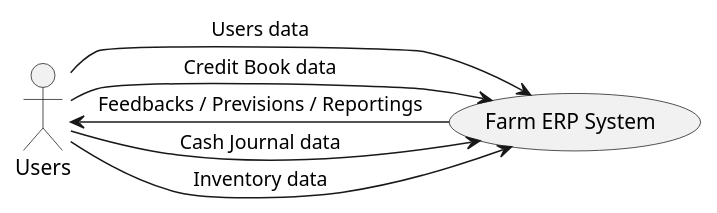
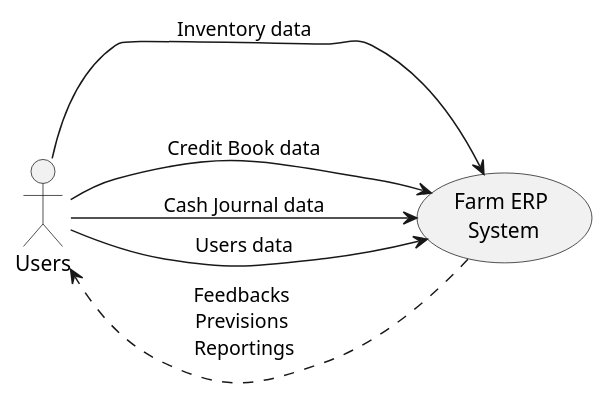
Before and after one commit to aert/aert-farmerp: the first of 3 diagrams in docs/content/features/introduction.rst, drawn with PlantUML. The commit also changed other lines of this file and 1 other file, not shown here.

```diff
--- a/docs/content/features/introduction.rst
+++ b/docs/content/features/introduction.rst
@@ -10,7 +10,8 @@
 .. uml::
 
-   Users -> (Farm ERP System) : Inventory data
-   Users -> (Farm ERP System) : Credit Book data
-   Users -> (Farm ERP System) : Cash Journal data
-   Users -> (Farm ERP System) : Users data
-   (Farm ERP System) -> Users : Feedbacks / Previsions / Reportings
+   left to right direction
+   Users --> (Farm ERP \nSystem) : Inventory data
+   Users --> (Farm ERP \nSystem) : Credit Book data
+   Users --> (Farm ERP \nSystem) : Cash Journal data
+   Users --> (Farm ERP \nSystem) : Users data
+   (Farm ERP \nSystem) ...> Users : Feedbacks \nPrevisions \nReportings
```
